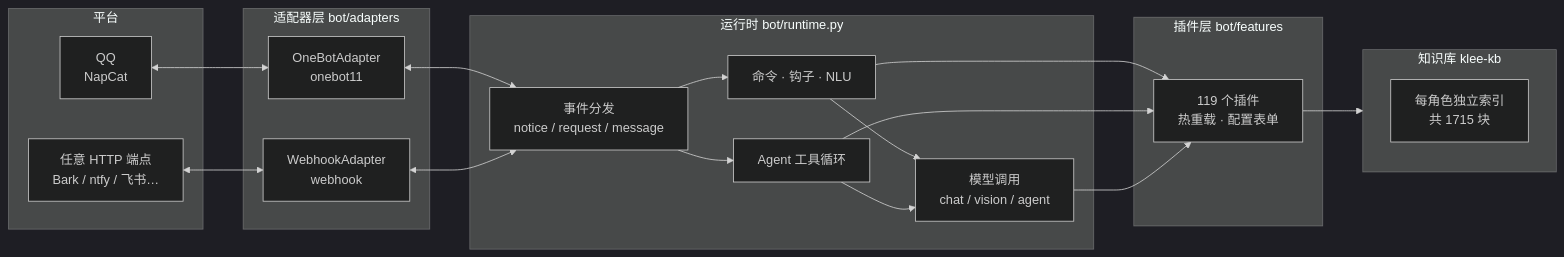
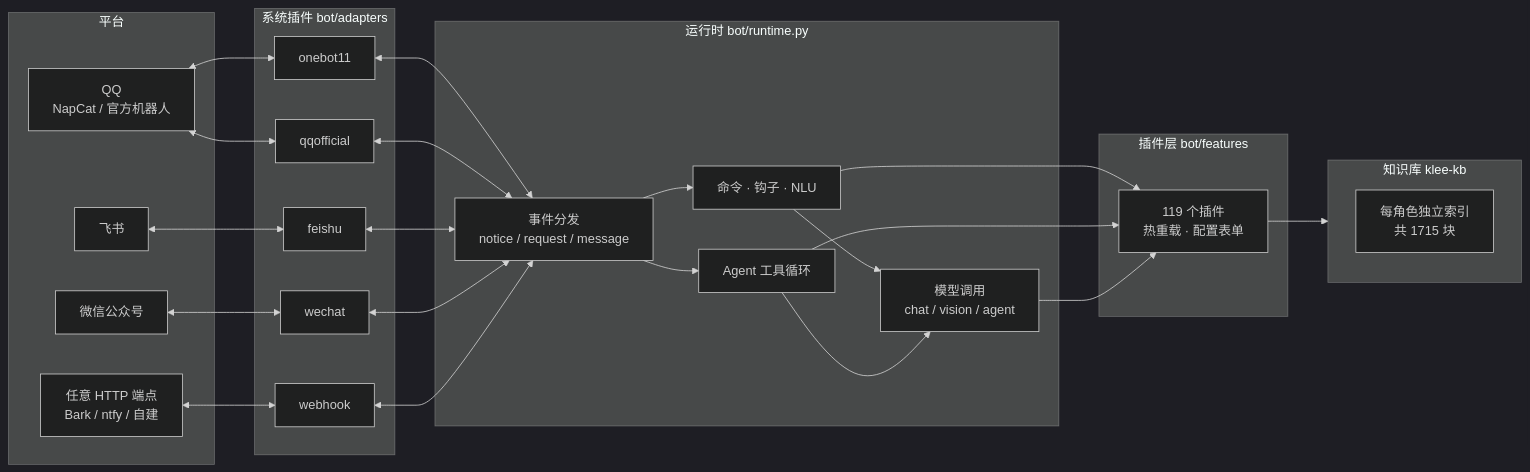
Before and after one commit to wohongshi/character-bot: the diagram in README.md, drawn with Mermaid (dark theme). The commit also changed other lines of this file and 21 other files, not shown here.

````diff
--- a/README.md
+++ b/README.md
@@ -60,38 +60,49 @@
 ```mermaid
 flowchart LR
   subgraph P["平台"]
-    QQ["QQ<br/>NapCat"]
-    WH["任意 HTTP 端点<br/>Bark / ntfy / 飞书…"]
+    QQ["QQ<br/>NapCat / 官方机器人"]
+    FS["飞书"]
+    WX["微信公众号"]
+    WH["任意 HTTP 端点<br/>Bark / ntfy / 自建"]
   end
 
-  subgraph A["适配器层 bot/adapters"]
-    OB["OneBotAdapter<br/>onebot11"]
-    WHA["WebhookAdapter<br/>webhook"]
+  subgraph A["系统插件 bot/adapters"]
+    OB["onebot11"]
+    QO["qqofficial"]
+    FE["feishu"]
+    WC["wechat"]
+    WHA["webhook"]
   end
 
   subgraph R["运行时 bot/runtime.py"]
     D["事件分发<br/>notice / request / message"]
     C["命令 · 钩子 · NLU"]
     AG["Agent 工具循环"]
     LLM["模型调用<br/>chat / vision / agent"]
   end
 
   subgraph F["插件层 bot/features"]
     P1["119 个插件<br/>热重载 · 配置表单"]
   end
 
   subgraph K["知识库 klee-kb"]
     KB["每角色独立索引<br/>共 1715 块"]
   end
 
   QQ <--> OB
+  QQ <--> QO
+  FS <--> FE
+  WX <--> WC
   WH <--> WHA
   OB <--> D
+  QO <--> D
+  FE <--> D
+  WC <--> D
   WHA <--> D
   D --> C --> P1
   D --> AG --> P1
   P1 --> K
   C --> LLM
   AG --> LLM
   LLM --> P1
 ```
````
